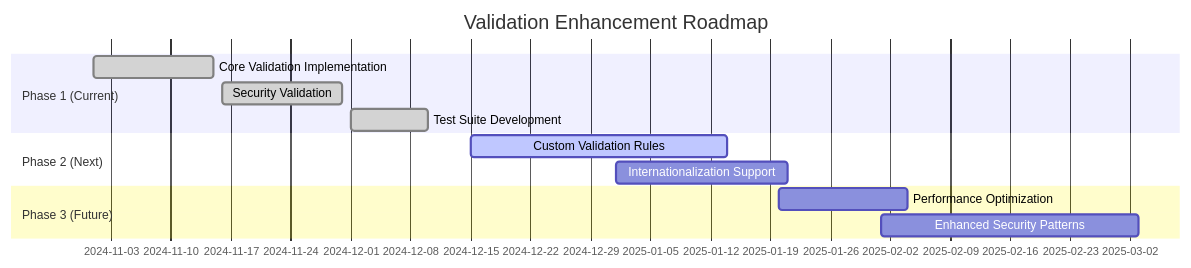
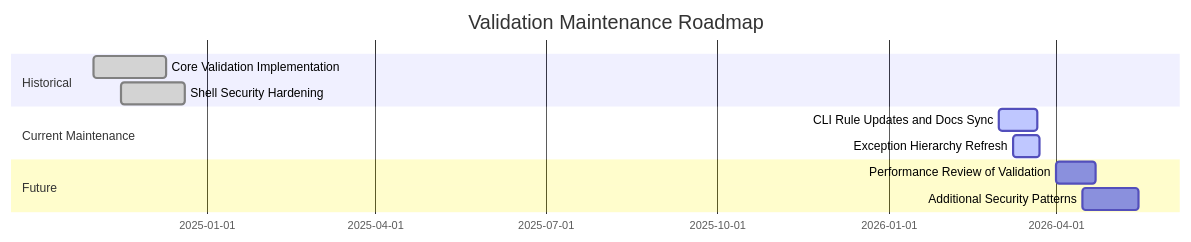
Before and after one commit to tomazb/rh-acm-switchover: the third of 3 diagrams in docs/development/notes/validation-and-error-handling.md, drawn with Mermaid. The commit also changed other lines of this file, not shown here.

Commit message:
docs: update validation mermaid diagrams

````diff
--- a/docs/development/notes/validation-and-error-handling.md
+++ b/docs/development/notes/validation-and-error-handling.md
@@ -569,15 +605,14 @@
 ```mermaid
 gantt
-    title Validation Enhancement Roadmap
+    title Validation Maintenance Roadmap
     dateFormat  YYYY-MM-DD
-    section Phase 1 (Current)
-    Core Validation Implementation   :done,    des1, 2024-11-01, 2024-11-15
-    Security Validation              :done,    des2, 2024-11-16, 2024-11-30
-    Test Suite Development            :done,    des3, 2024-12-01, 2024-12-10
-    section Phase 2 (Next)
-    Custom Validation Rules          :active,  des4, 2024-12-15, 30d
-    Internationalization Support      :         des5, 2025-01-01, 20d
-    section Phase 3 (Future)
-    Performance Optimization         :         des6, 2025-01-20, 15d
-    Enhanced Security Patterns       :         des7, 2025-02-01, 30d
+    section Historical
+    Core Validation Implementation   :done,    hist1, 2024-11-01, 2024-12-10
+    Shell Security Hardening         :done,    hist2, 2024-11-16, 2024-12-20
+    section Current Maintenance
+    CLI Rule Updates and Docs Sync   :active,  curr1, 2026-03-01, 21d
+    Exception Hierarchy Refresh      :active,  curr2, 2026-03-09, 14d
+    section Future
+    Performance Review of Validation :         fut1, 2026-04-01, 21d
+    Additional Security Patterns     :         fut2, 2026-04-15, 30d
 ```
````
